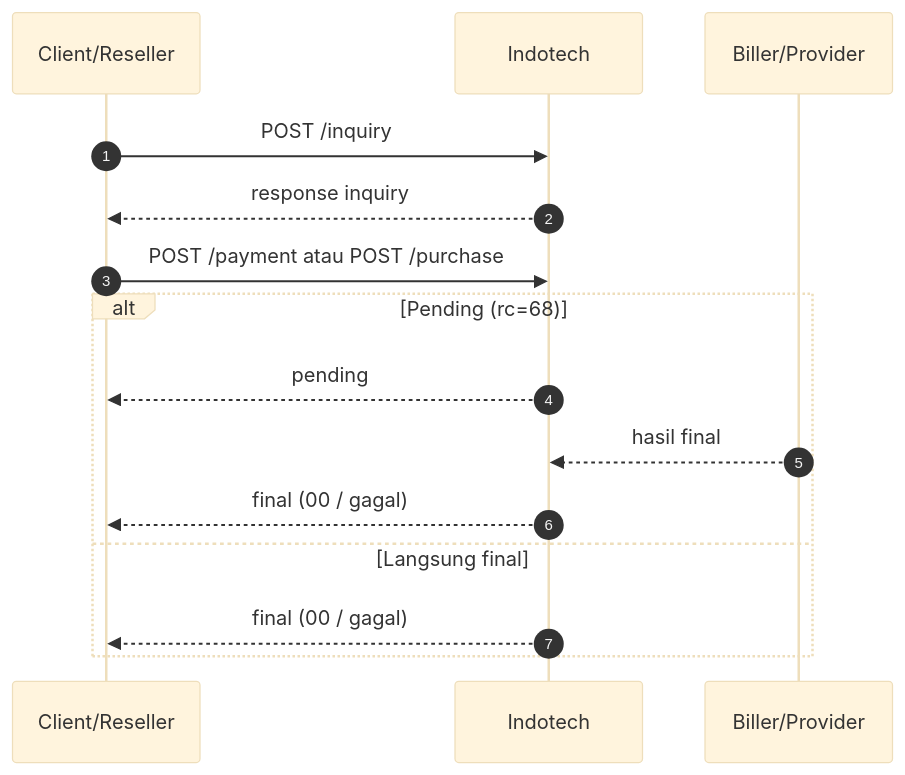
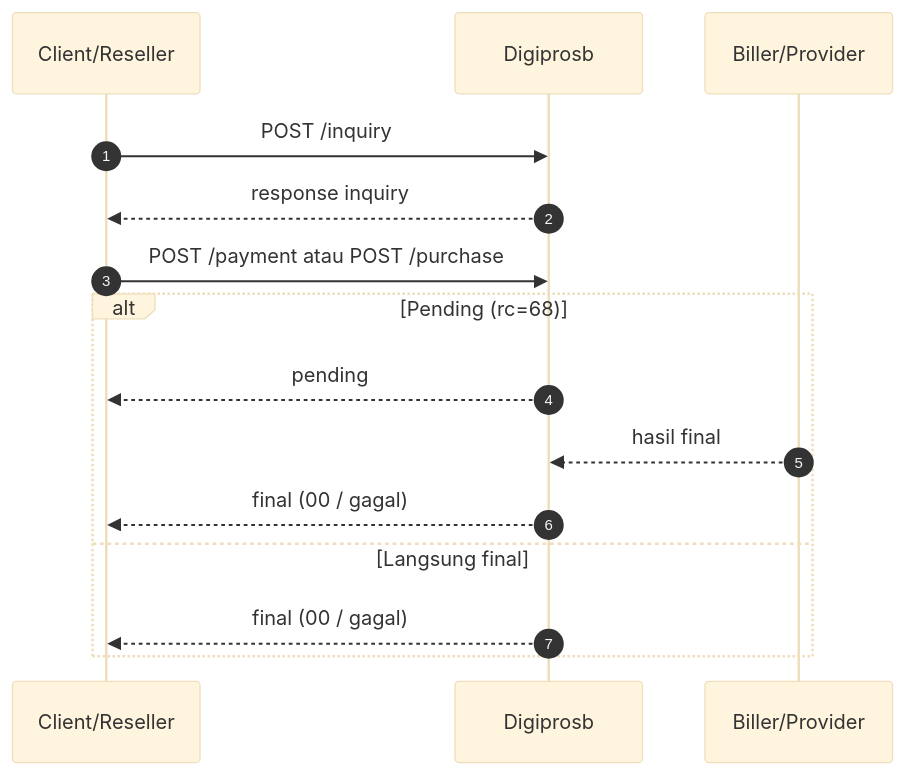
One commit to digiprosb/digiprosb-api-documentation changed the second of 2 diagrams in doc/02-persiapan-integrasi.md. Above: the diagram before and after it, drawn with Mermaid (base theme). The commit also changed other lines of this file and 16 other files, not shown here.

````diff
--- a/doc/02-persiapan-integrasi.md
+++ b/doc/02-persiapan-integrasi.md
@@ -93,18 +93,18 @@
 ```mermaid
 sequenceDiagram
   autonumber
   participant Client as Client/Reseller
-  participant Indotech as Indotech
+  participant Digiprosb as Digiprosb
   participant Biller as Biller/Provider
 
-  Client->>Indotech: POST /inquiry
-  Indotech-->>Client: response inquiry
-  Client->>Indotech: POST /payment atau POST /purchase
+  Client->>Digiprosb: POST /inquiry
+  Digiprosb-->>Client: response inquiry
+  Client->>Digiprosb: POST /payment atau POST /purchase
   alt Pending (rc=68)
-    Indotech-->>Client: pending
-    Biller-->>Indotech: hasil final
-    Indotech-->>Client: final (00 / gagal)
+    Digiprosb-->>Client: pending
+    Biller-->>Digiprosb: hasil final
+    Digiprosb-->>Client: final (00 / gagal)
   else Langsung final
-    Indotech-->>Client: final (00 / gagal)
+    Digiprosb-->>Client: final (00 / gagal)
   end
 ```
````
